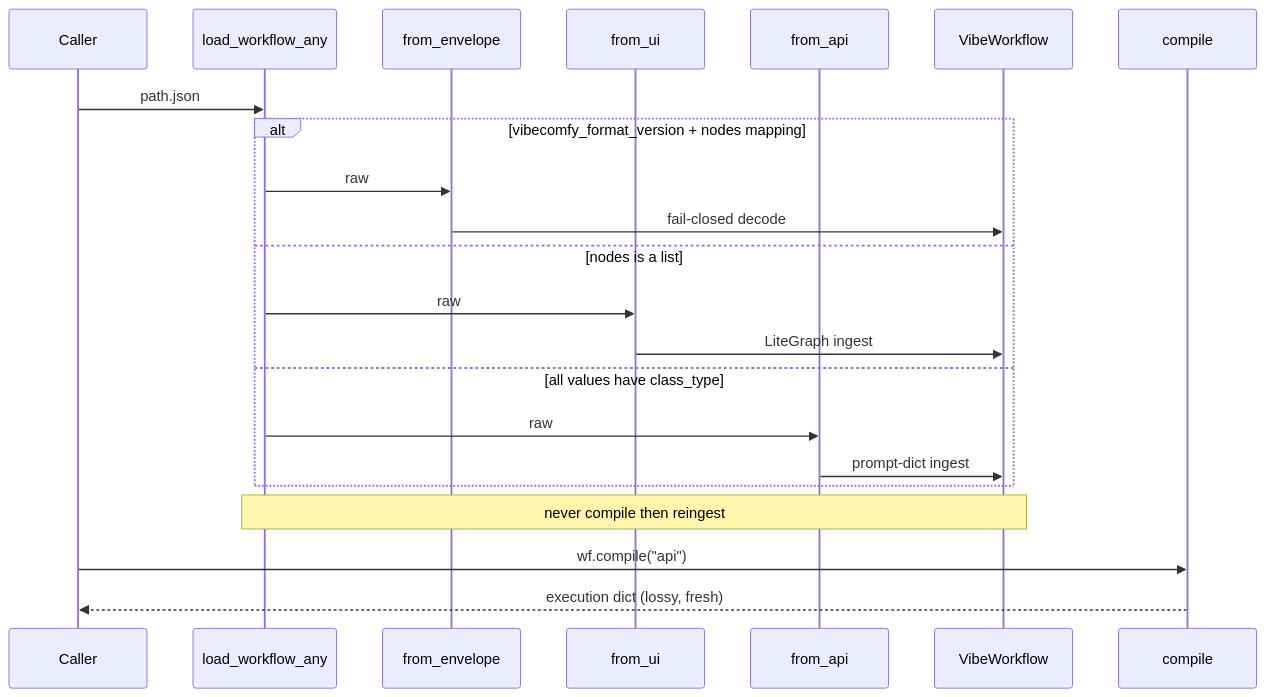
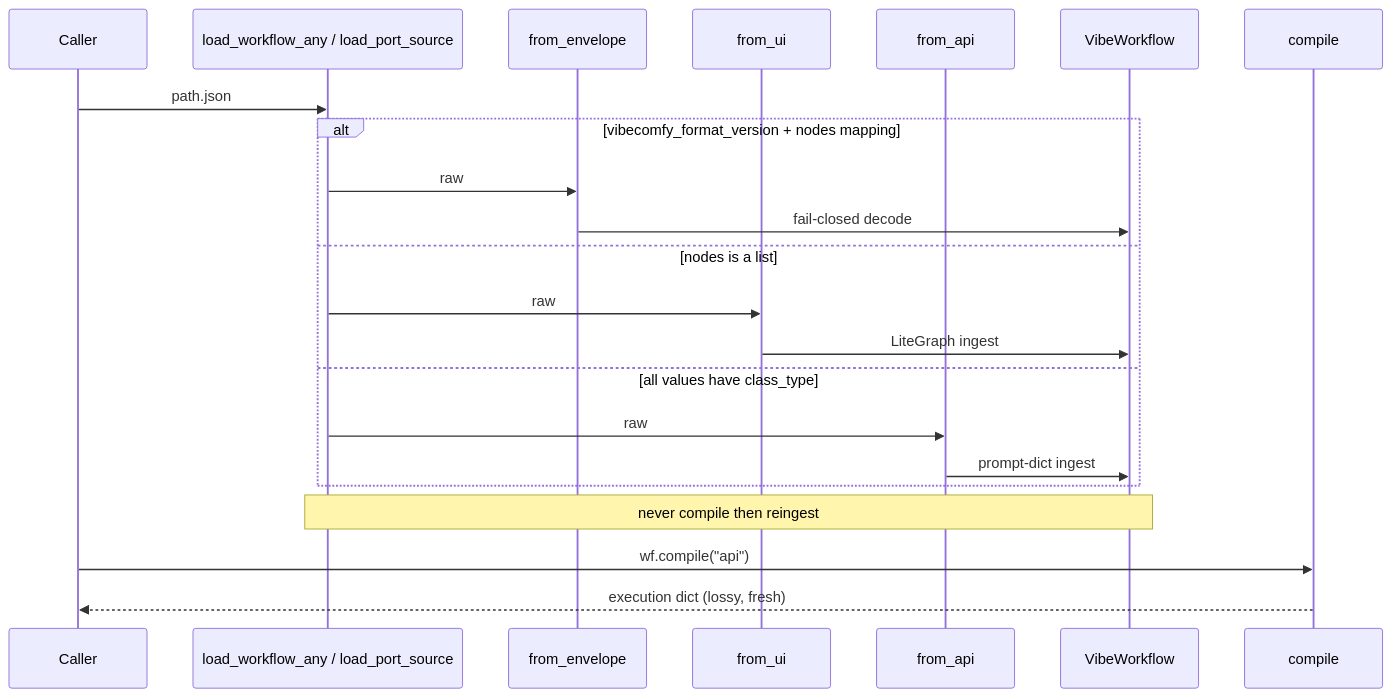
One commit to peteromallet/VibeComfy changed the fourth of 4 diagrams in docs/architecture/canonical-graph-elegance-plan.md. Above: the diagram before and after it, drawn with Mermaid. The commit also changed other lines of this file, not shown here.

````diff
--- a/docs/architecture/canonical-graph-elegance-plan.md
+++ b/docs/architecture/canonical-graph-elegance-plan.md
@@ -656,25 +764,25 @@
 ```mermaid
 sequenceDiagram
   participant Caller
-  participant Loader as load_workflow_any
+  participant Loader as load_workflow_any / load_port_source
   participant Env as from_envelope
   participant UI as from_ui
   participant API as from_api
   participant IR as VibeWorkflow
   participant Comp as compile
 
   Caller->>Loader: path.json
   alt vibecomfy_format_version + nodes mapping
     Loader->>Env: raw
     Env->>IR: fail-closed decode
   else nodes is a list
     Loader->>UI: raw
     UI->>IR: LiteGraph ingest
   else all values have class_type
     Loader->>API: raw
     API->>IR: prompt-dict ingest
   end
   Note over Loader,IR: never compile then reingest
   Caller->>Comp: wf.compile("api")
   Comp-->>Caller: execution dict (lossy, fresh)
 ```
````
